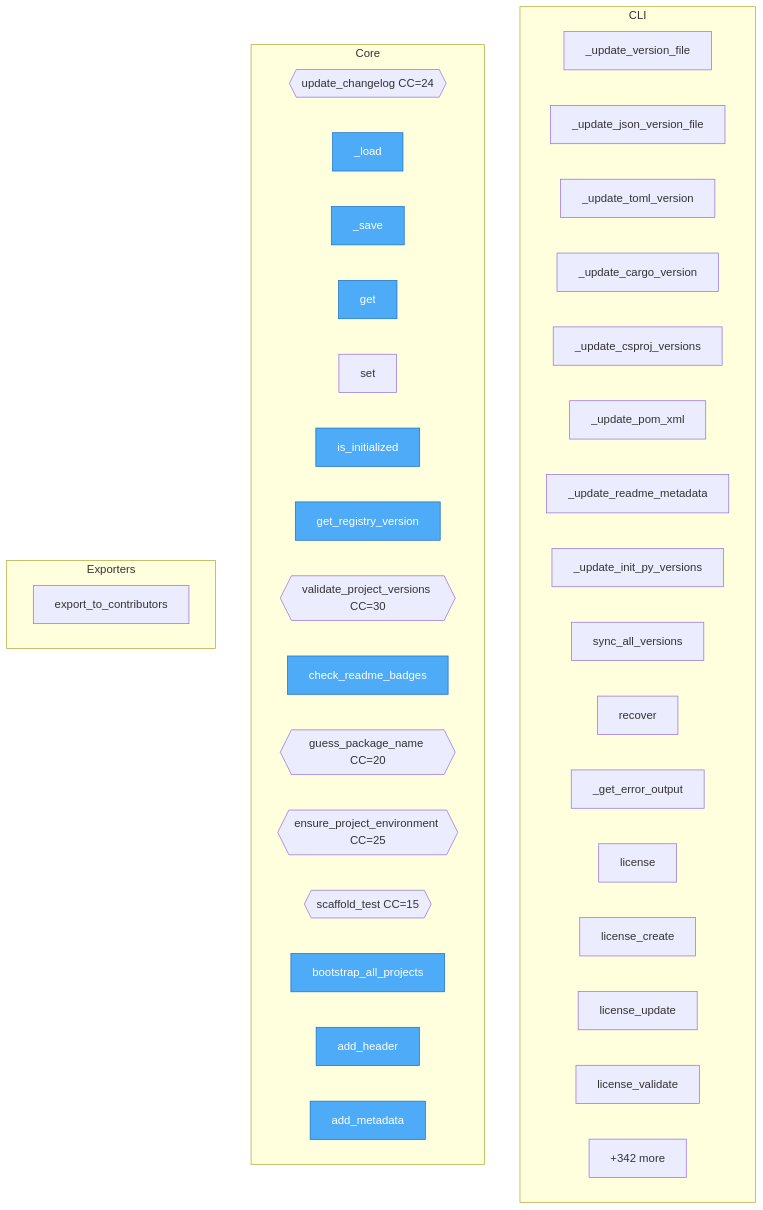
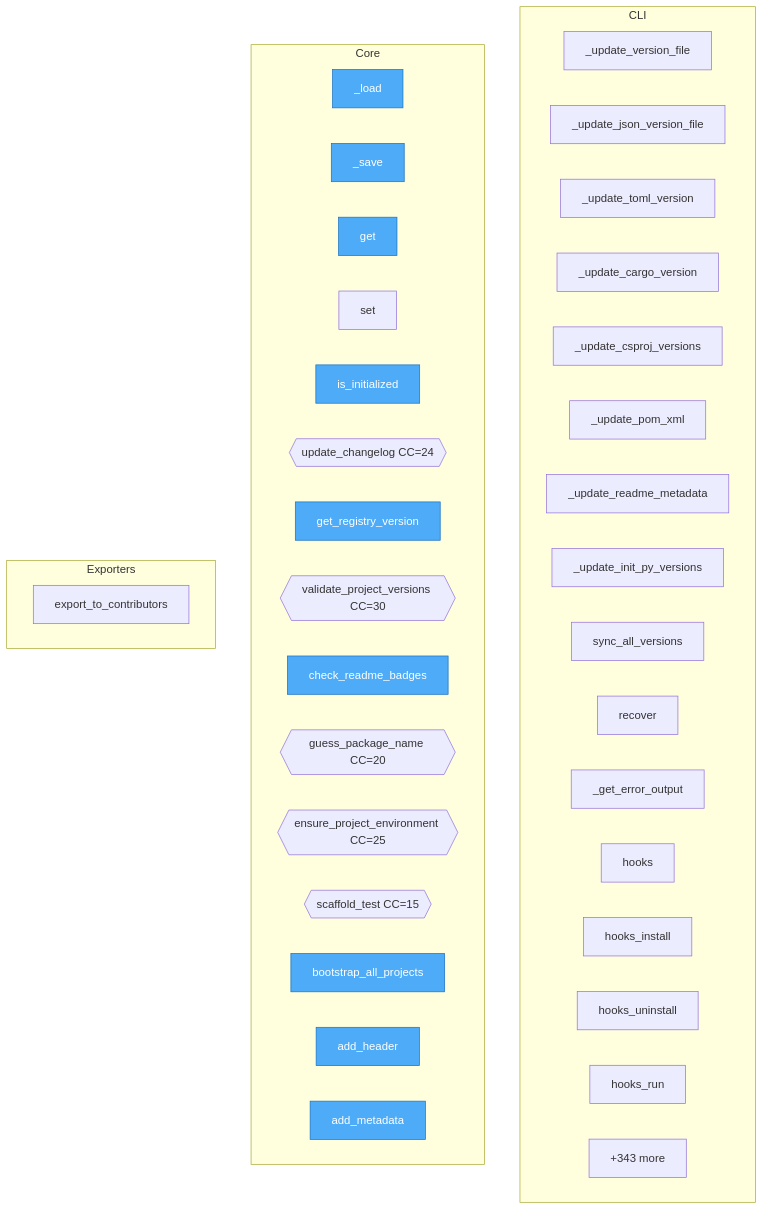
One commit to wronai/goal changed the diagram in project/flow.mmd. Above: the diagram before and after it, drawn with Mermaid. The commit also changed 23 other files, not shown here.

```diff
--- a/project/flow.mmd
+++ b/project/flow.mmd
@@ -1,48 +1,48 @@
 flowchart TD
 
     %% Entry points (blue)
     classDef entry fill:#4dabf7,stroke:#1971c2,color:#fff
 
     subgraph CLI
         goal__cli__version_sync___update_version_file["_update_version_file"]
         goal__cli__version_sync___update_json_version_file["_update_json_version_file"]
         goal__cli__version_sync___update_toml_version["_update_toml_version"]
         goal__cli__version_sync___update_cargo_version["_update_cargo_version"]
         goal__cli__version_sync___update_csproj_versions["_update_csproj_versions"]
         goal__cli__version_sync___update_pom_xml["_update_pom_xml"]
         goal__cli__version_sync___update_readme_metadata["_update_readme_metadata"]
         goal__cli__version_sync___update_init_py_versions["_update_init_py_versions"]
         goal__cli__version_sync__sync_all_versions["sync_all_versions"]
         goal__cli__recover_cmd__recover["recover"]
         goal__cli__recover_cmd___get_error_output["_get_error_output"]
-        goal__cli__license_cmd__license["license"]
-        goal__cli__license_cmd__license_create["license_create"]
-        goal__cli__license_cmd__license_update["license_update"]
-        goal__cli__license_cmd__license_validate["license_validate"]
+        goal__cli__hooks_cmd__hooks["hooks"]
+        goal__cli__hooks_cmd__hooks_install["hooks_install"]
+        goal__cli__hooks_cmd__hooks_uninstall["hooks_uninstall"]
+        goal__cli__hooks_cmd__hooks_run["hooks_run"]
         ...["+80 more"]
     end
 
     subgraph Core
-        goal__changelog__update_changelog{{update_changelog CC=24}}
         goal__user_config__UserConfig___load["_load"]
         goal__user_config__UserConfig___save["_save"]
         goal__user_config__UserConfig__get["get"]
         goal__user_config__UserConfig__set["set"]
         goal__user_config__UserConfig__is_initialized["is_initialized"]
+        goal__changelog__update_changelog{{update_changelog CC=24}}
         goal__version_validation__get_registry_version["get_registry_version"]
         goal__version_validation__validate_project_versions{{validate_project_versions CC=30}}
         goal__version_validation__check_readme_badges["check_readme_badges"]
         goal__project_bootstrap__guess_package_name{{guess_package_name CC=20}}
         goal__project_bootstrap__ensure_project_environment{{ensure_project_environment CC=25}}
         goal__project_bootstrap__scaffold_test{{scaffold_test CC=15}}
         goal__project_bootstrap__bootstrap_all_projects["bootstrap_all_projects"]
         goal__formatter__MarkdownFormatter__add_header["add_header"]
         goal__formatter__MarkdownFormatter__add_metadata["add_metadata"]
-        ...["+342 more"]
+        ...["+343 more"]
     end
 
     subgraph Exporters
         goal__authors__manager__AuthorsManager__export_to_contributors["export_to_contributors"]
     end
 
     class goal__user_config__UserConfig___load,goal__user_config__UserConfig___save,goal__user_config__UserConfig__get,goal__user_config__UserConfig__is_initialized,goal__version_validation__get_registry_version,goal__version_validation__check_readme_badges,goal__project_bootstrap__bootstrap_all_projects,goal__formatter__MarkdownFormatter__add_header,goal__formatter__MarkdownFormatter__add_metadata,goal__formatter__MarkdownFormatter__add_section entry
```
